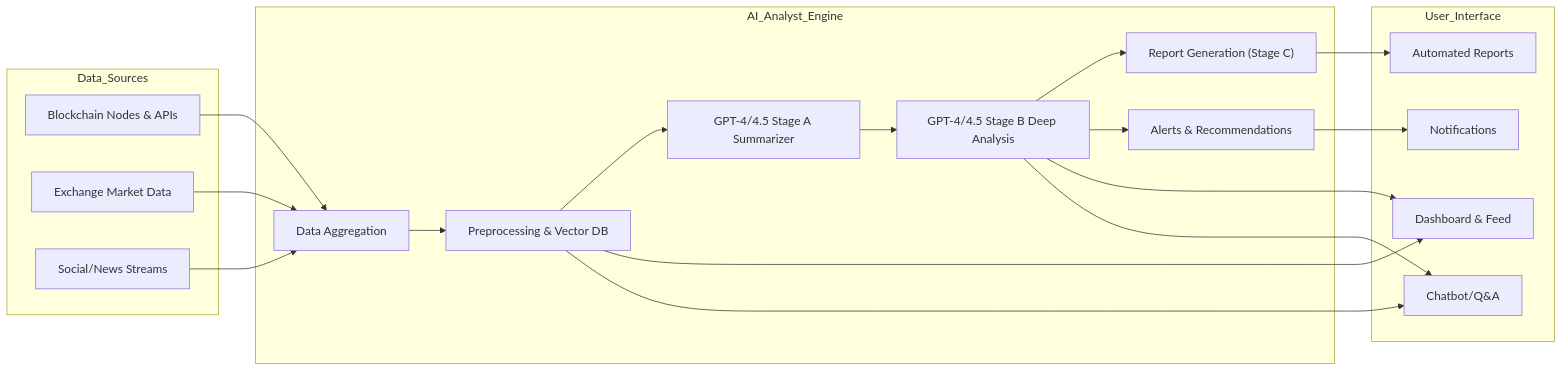
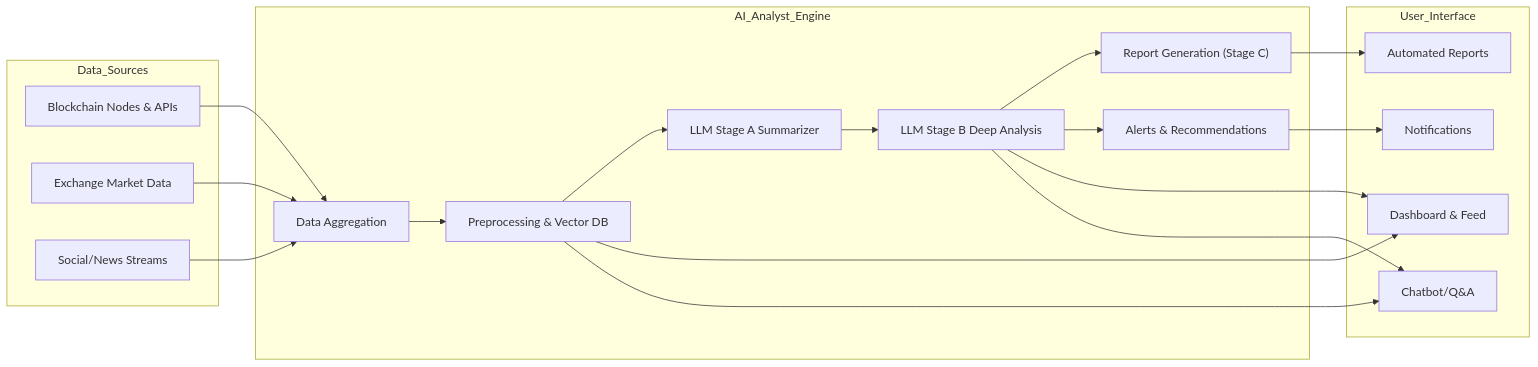
The first of 3 diagrams in AI-DAO-Summarization/AI_Based_Cryptocurrency_Analyst_System_Research_Report.md (mossland/MosslandAI), drawn with Mermaid before and after one commit. The commit also changed other lines of this file and 45 other files, not shown here.

````diff
--- a/AI-DAO-Summarization/AI_Based_Cryptocurrency_Analyst_System_Research_Report.md
+++ b/AI-DAO-Summarization/AI_Based_Cryptocurrency_Analyst_System_Research_Report.md
@@ -113,36 +113,36 @@
 ```mermaid
 flowchart LR
     subgraph Data_Sources
         A["Blockchain Nodes & APIs"]
         B["Exchange Market Data"]
         C["Social/News Streams"]
     end
     subgraph AI_Analyst_Engine
         D["Data Aggregation"]
         E["Preprocessing & Vector DB"]
-        F["GPT-4/4.5 Stage A Summarizer"]
-        G["GPT-4/4.5 Stage B Deep Analysis"]
+        F["LLM Stage A Summarizer"]
+        G["LLM Stage B Deep Analysis"]
         H["Report Generation (Stage C)"]
         I["Alerts & Recommendations"]
     end
     subgraph User_Interface
         J["Dashboard & Feed"]
         K["Chatbot/Q&A"]
         L["Notifications"]
         M["Automated Reports"]
     end
     A --> D
     B --> D
     C --> D
     D --> E
     E --> F
     F --> G
     G --> H
     G --> I
     H --> M
     I --> L
     G --> J
     G --> K
     E --> J
     E --> K
 ```
````
